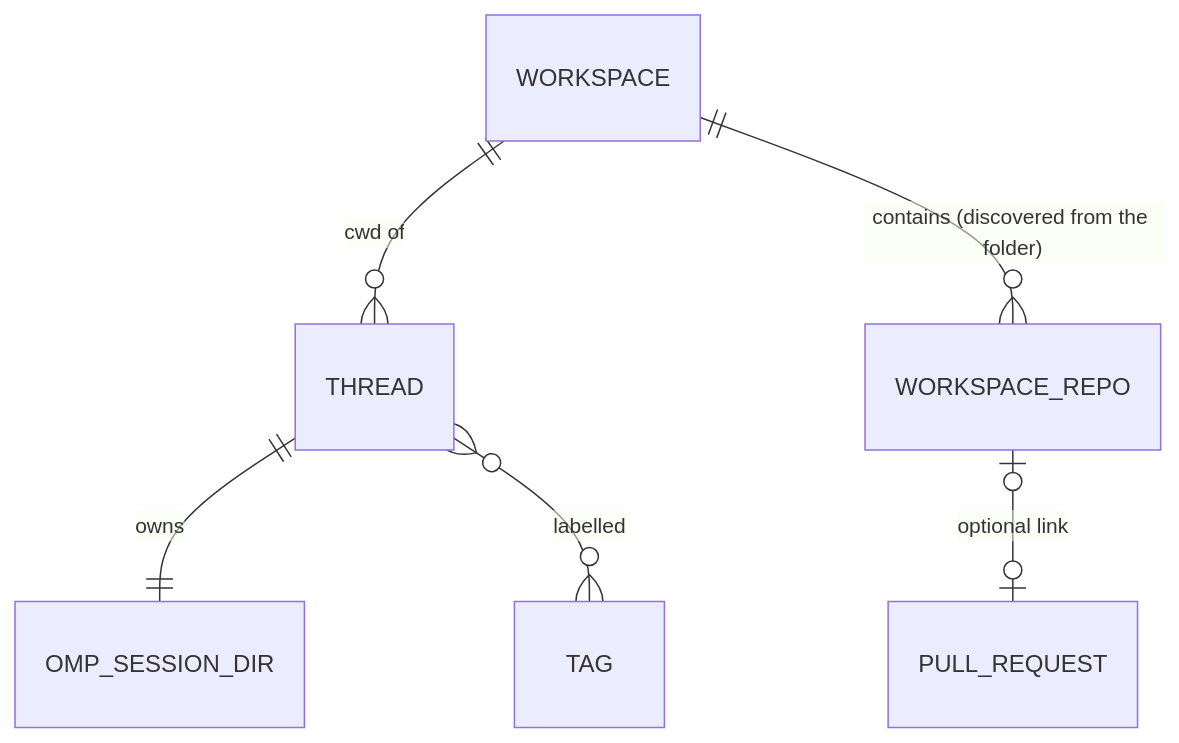
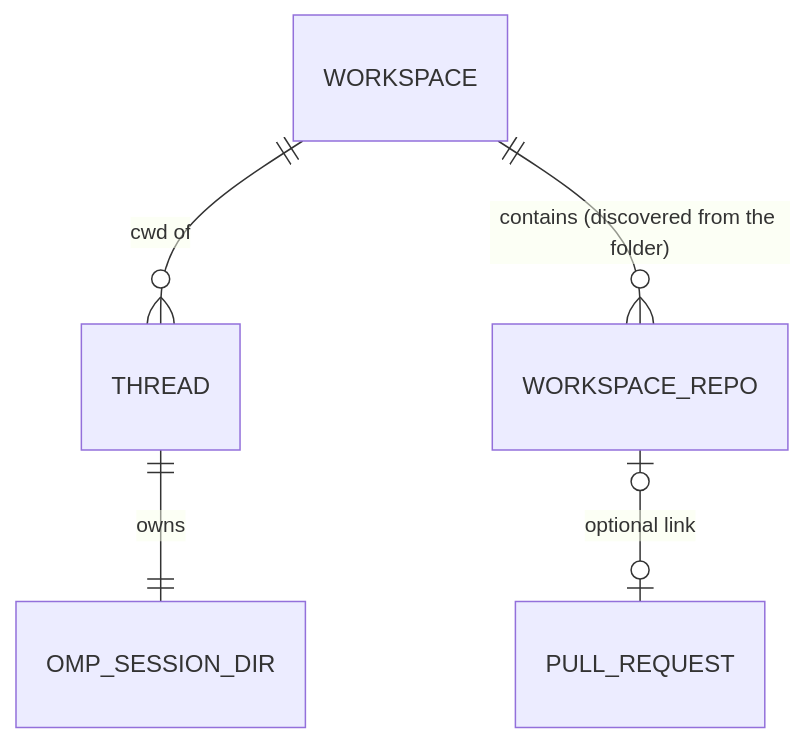
One commit to TonioGela/omfp changed the first of 3 diagrams in docs/specs/00-overview.md. Above: the diagram before and after it, drawn with Mermaid. The commit also changed other lines of this file and 81 other files, not shown here.

````diff
--- a/docs/specs/00-overview.md
+++ b/docs/specs/00-overview.md
@@ -32,8 +34,7 @@
 ```mermaid
 erDiagram
   WORKSPACE ||--o{ THREAD : "cwd of"
   WORKSPACE ||--o{ WORKSPACE_REPO : "contains (discovered from the folder)"
   THREAD ||--|| OMP_SESSION_DIR : "owns"
-  THREAD }o--o{ TAG : "labelled"
   WORKSPACE_REPO |o--o| PULL_REQUEST : "optional link"
 ```
````
